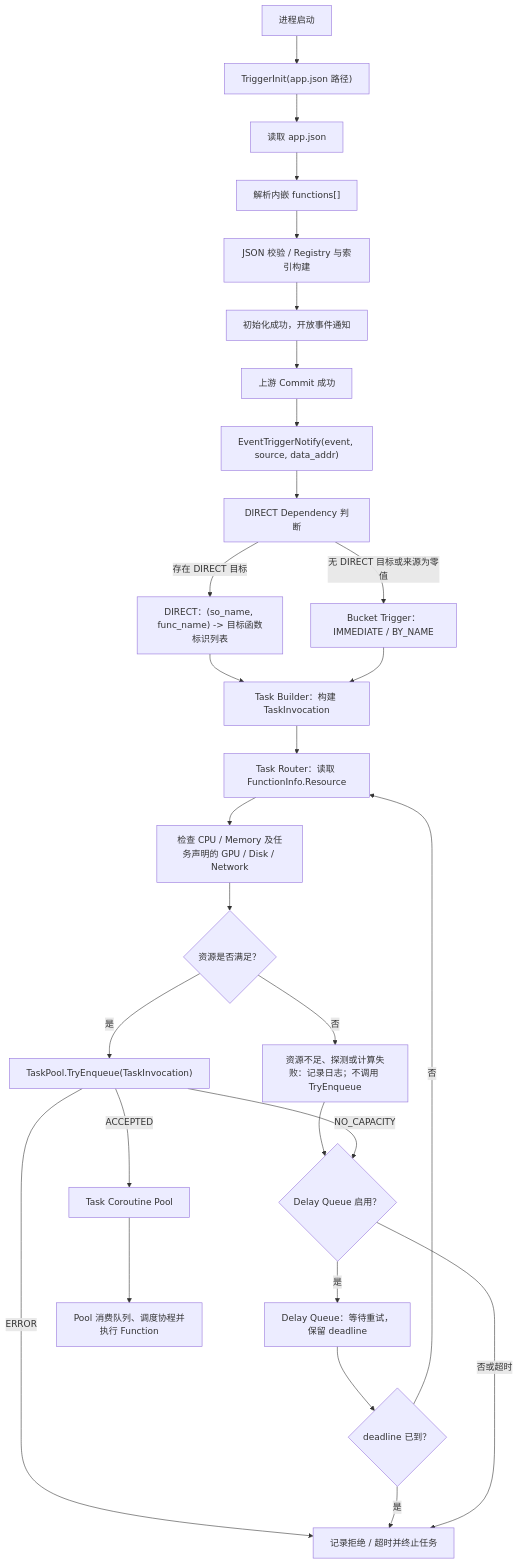
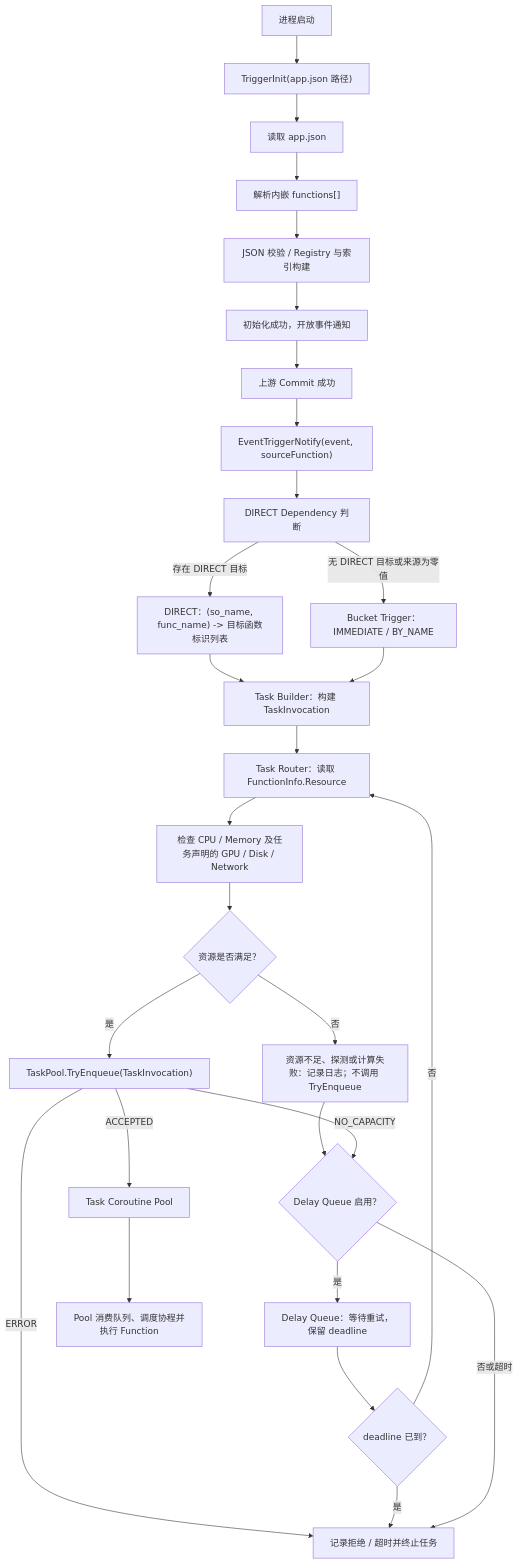
One commit to 10wvw01/Pheromone-mini changed the first of 7 diagrams in docs/DESIGN.md. Above: the diagram before and after it, drawn with Mermaid. The commit also changed other lines of this file and 2 other files, not shown here.

Commit message:
Rename EventTriggerNotify parameter to sourceFunction

```diff
--- a/docs/DESIGN.md
+++ b/docs/DESIGN.md
@@ -83,30 +83,30 @@
 ~~~mermaid
 flowchart TD
     A["进程启动"] --> B["TriggerInit(app.json 路径)"]
     B --> C["读取 app.json"]
     C --> D["解析内嵌 functions[]"]
     D --> E["JSON 校验 / Registry 与索引构建"]
     E --> F["初始化成功，开放事件通知"]
     F --> G["上游 Commit 成功"]
-    G --> H["EventTriggerNotify(event, source, data_addr)"]
+    G --> H["EventTriggerNotify(event, sourceFunction)"]
     H --> I["DIRECT Dependency 判断"]
     I -->|存在 DIRECT 目标| J["DIRECT：(so_name, func_name) -> 目标函数标识列表"]
     I -->|无 DIRECT 目标或来源为零值| K["Bucket Trigger：IMMEDIATE / BY_NAME"]
     J --> L["Task Builder：构建 TaskInvocation"]
     K --> L
     L --> M["Task Router：读取 FunctionInfo.Resource"]
     M --> N["检查 CPU / Memory 及任务声明的 GPU / Disk / Network"]
     N --> O{"资源是否满足？"}
     O -->|否| P["资源不足、探测或计算失败：记录日志；不调用 TryEnqueue"]
     O -->|是| Q["TaskPool.TryEnqueue(TaskInvocation)"]
     Q -->|ERROR| U
     Q -->|ACCEPTED| R["Task Coroutine Pool"]
     P --> S
     Q -->|NO_CAPACITY| S{"Delay Queue 启用？"}
     S -->|是| T["Delay Queue：等待重试，保留 deadline"]
     T --> W{"deadline 已到？"}
     W -->|否| M
     W -->|是| U
     S -->|否或超时| U["记录拒绝 / 超时并终止任务"]
     R --> V["Pool 消费队列、调度协程并执行 Function"]
 ~~~
```
